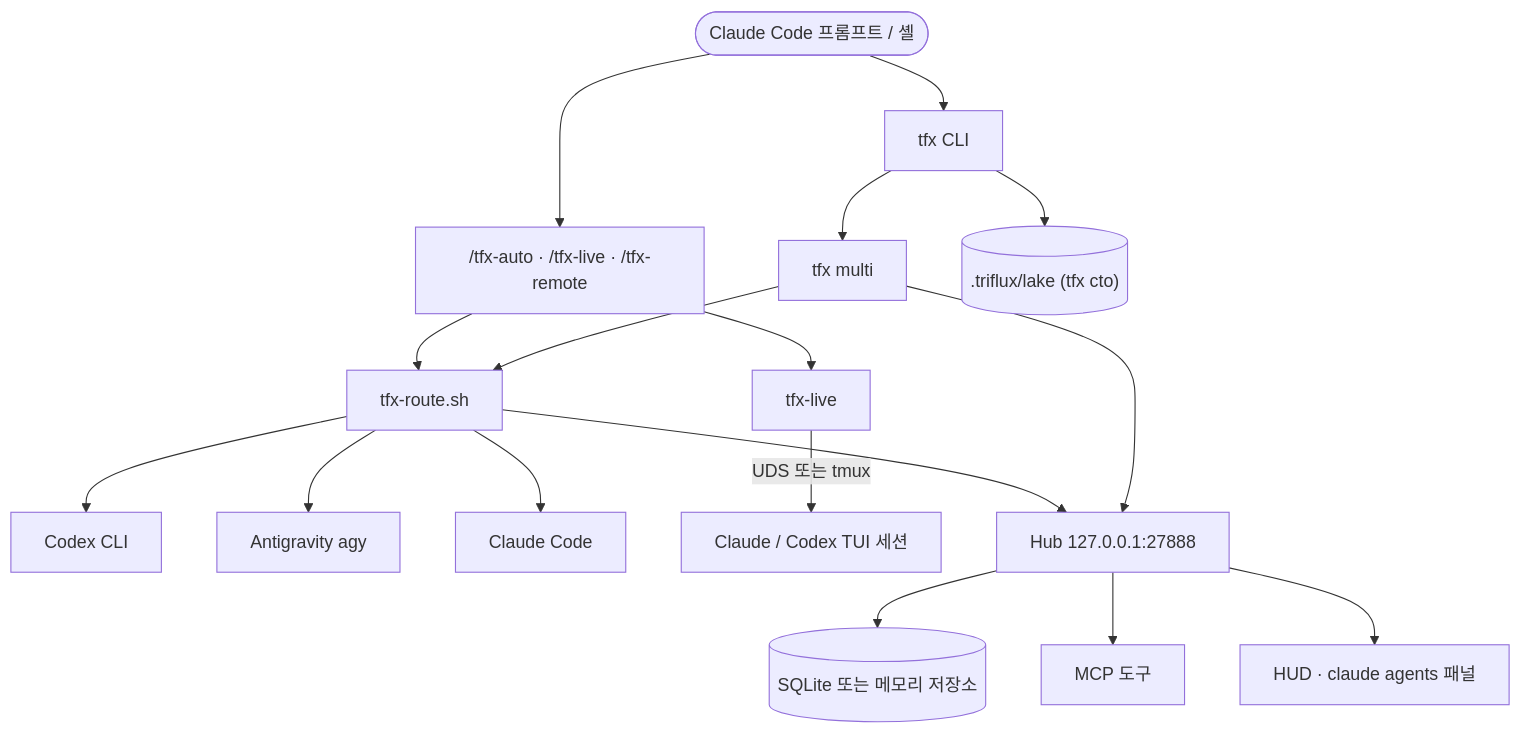
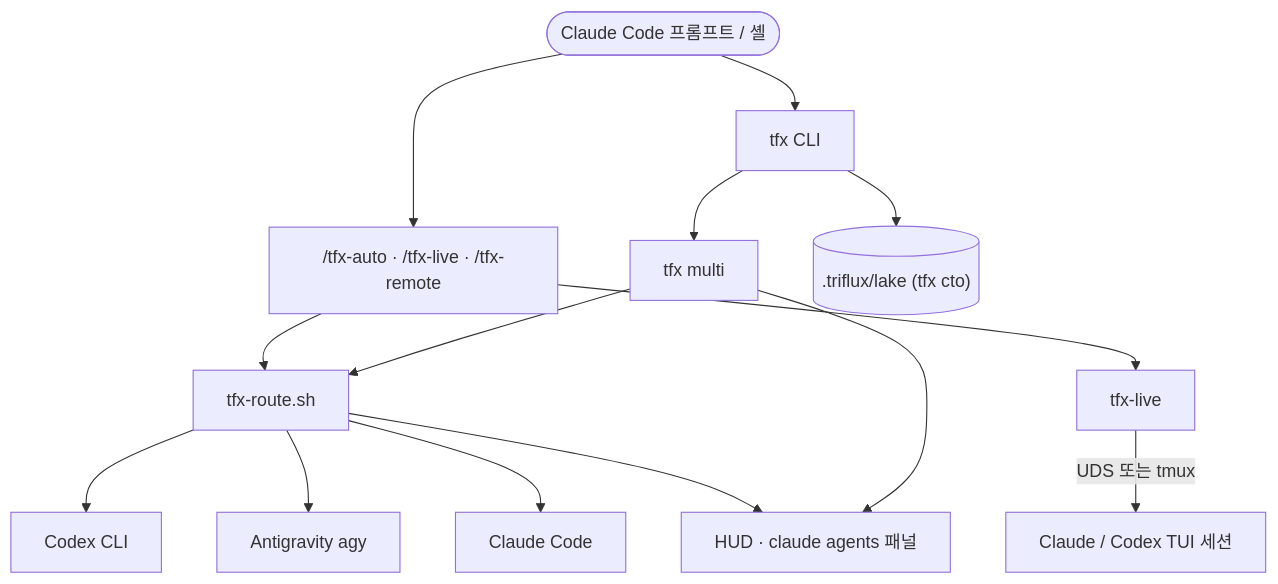
Before and after one commit to tellang/triflux: the diagram in README.ko.md, drawn with Mermaid. The commit also changed other lines of this file and 20 other files, not shown here.

````diff
--- a/README.ko.md
+++ b/README.ko.md
@@ -187,19 +183,16 @@
 ```mermaid
 graph TD
     User([Claude Code 프롬프트 / 셸]) --> Skills["/tfx-auto · /tfx-live · /tfx-remote"]
     User --> CLI[tfx CLI]
     Skills --> Route[tfx-route.sh]
     Skills --> Live[tfx-live]
     CLI --> Team["tfx multi"]
     Route --> Codex[Codex CLI]
     Route --> Agy[Antigravity agy]
     Route --> Claude[Claude Code]
     Team --> Route
     Live -->|UDS 또는 tmux| Sessions[Claude / Codex TUI 세션]
-    Route --> Hub["Hub 127.0.0.1:27888"]
-    Team --> Hub
-    Hub --> Store[(SQLite 또는 메모리 저장소)]
-    Hub --> MCP[MCP 도구]
-    Hub --> UI["HUD · claude agents 패널"]
+    Route --> UI["HUD · claude agents 패널"]
+    Team --> UI
     CLI --> Lake[(".triflux/lake (tfx cto)")]
 ```
````
